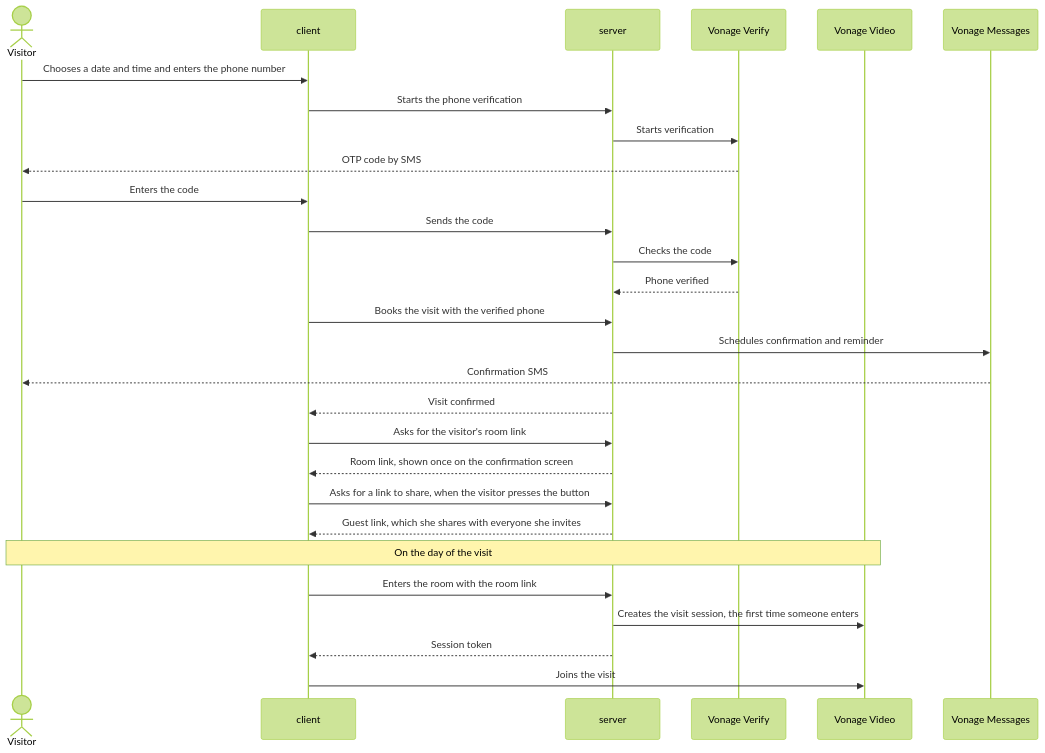
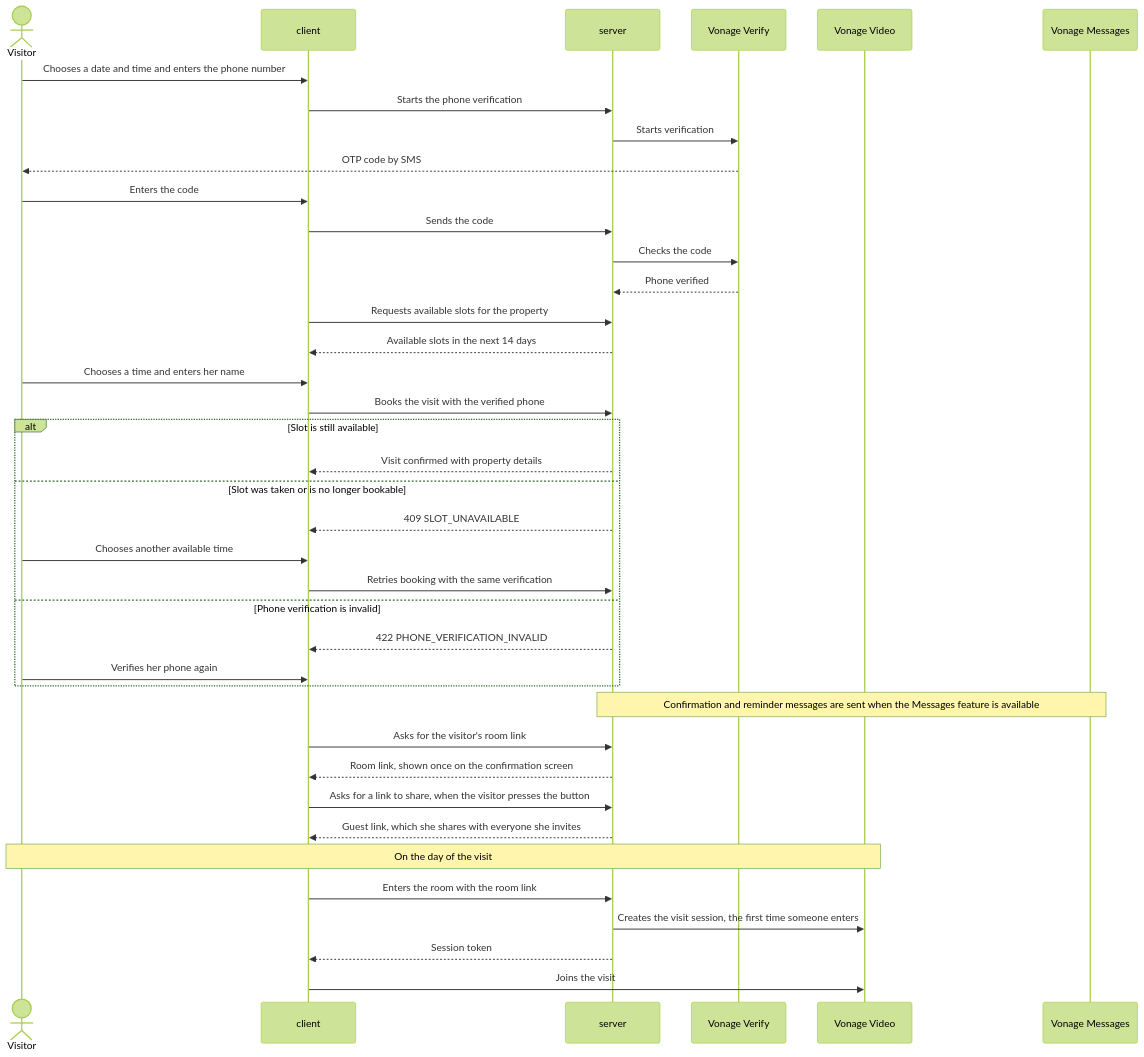
One commit to femCodersClub-vonage-program/secure-property-viewing changed the second of 2 diagrams in docs/architecture/README.md. Above: the diagram before and after it, drawn with Mermaid (forest theme). The commit also changed 1 other file, not shown here.

Commit message:
docs(server): update visit booking flow and concurrency test

````diff
--- a/docs/architecture/README.md
+++ b/docs/architecture/README.md
@@ -23,30 +23,41 @@
 ```mermaid
 sequenceDiagram
   actor V as Visitor
   participant C as client
   participant S as server
   participant VY as Vonage Verify
   participant VV as Vonage Video
   participant VM as Vonage Messages
   V->>C: Chooses a date and time and enters the phone number
   C->>S: Starts the phone verification
   S->>VY: Starts verification
   VY-->>V: OTP code by SMS
   V->>C: Enters the code
   C->>S: Sends the code
   S->>VY: Checks the code
   VY-->>S: Phone verified
+  C->>S: Requests available slots for the property
+  S-->>C: Available slots in the next 14 days
+  V->>C: Chooses a time and enters her name
   C->>S: Books the visit with the verified phone
-  S->>VM: Schedules confirmation and reminder
-  VM-->>V: Confirmation SMS
-  S-->>C: Visit confirmed
+  alt Slot is still available
+    S-->>C: Visit confirmed with property details
+  else Slot was taken or is no longer bookable
+    S-->>C: 409 SLOT_UNAVAILABLE
+    V->>C: Chooses another available time
+    C->>S: Retries booking with the same verification
+  else Phone verification is invalid
+    S-->>C: 422 PHONE_VERIFICATION_INVALID
+    V->>C: Verifies her phone again
+  end
+  Note over S,VM: Confirmation and reminder messages are sent when the Messages feature is available
   C->>S: Asks for the visitor's room link
   S-->>C: Room link, shown once on the confirmation screen
   C->>S: Asks for a link to share, when the visitor presses the button
   S-->>C: Guest link, which she shares with everyone she invites
   Note over V,VV: On the day of the visit
   C->>S: Enters the room with the room link
   S->>VV: Creates the visit session, the first time someone enters
   S-->>C: Session token
   C->>VV: Joins the visit
 ```
````
